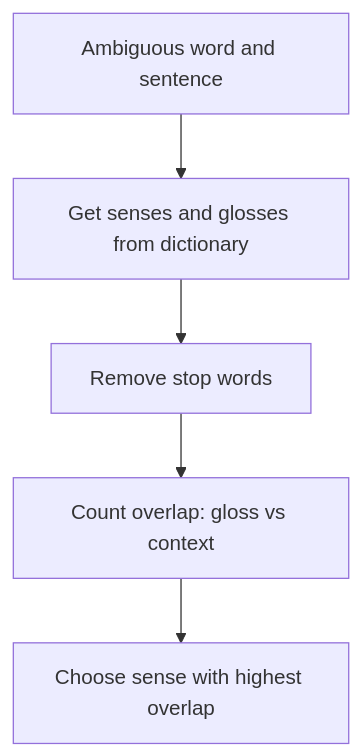
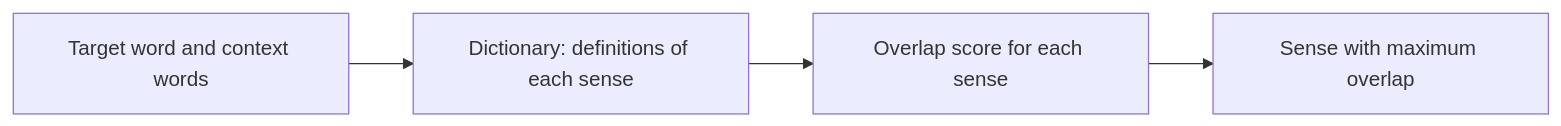
Before and after one commit to TrendySloth1001/sem-seven-notes: the diagram in content/natural-language-processing/pyq/2023-05-ce/q2a.mdx, drawn with Mermaid. The commit also changed other lines of this file and 406 other files, not shown here.

````diff
--- a/content/natural-language-processing/pyq/2023-05-ce/q2a.mdx
+++ b/content/natural-language-processing/pyq/2023-05-ce/q2a.mdx
@@ -16,8 +57,7 @@
 ```mermaid
-%% caption: Simplified Lesk. The sense whose dictionary gloss shares the most words with the sentence wins.
-flowchart TD
-  A["Ambiguous word and sentence"] --> B["Get senses and glosses from dictionary"]
-  B --> C["Remove stop words"]
-  C --> D["Count overlap: gloss vs context"]
-  D --> E["Choose sense with highest overlap"]
+%% caption: The dictionary-based approach: score each sense by overlap with the context.
+flowchart LR
+  A["Target word and context words"] --> B["Dictionary: definitions of each sense"]
+  B --> C["Overlap score for each sense"]
+  C --> D["Sense with maximum overlap"]
 ```
````
